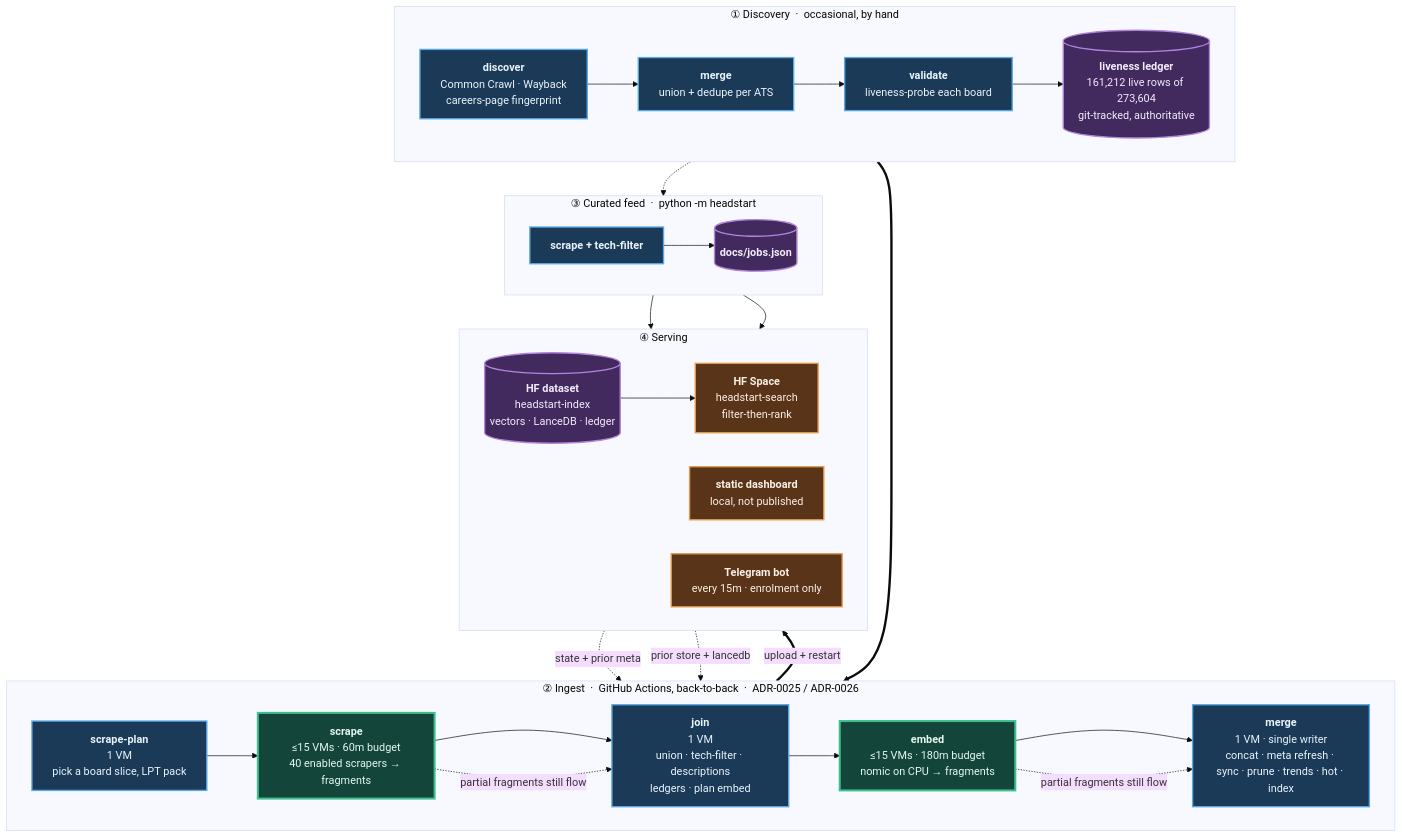
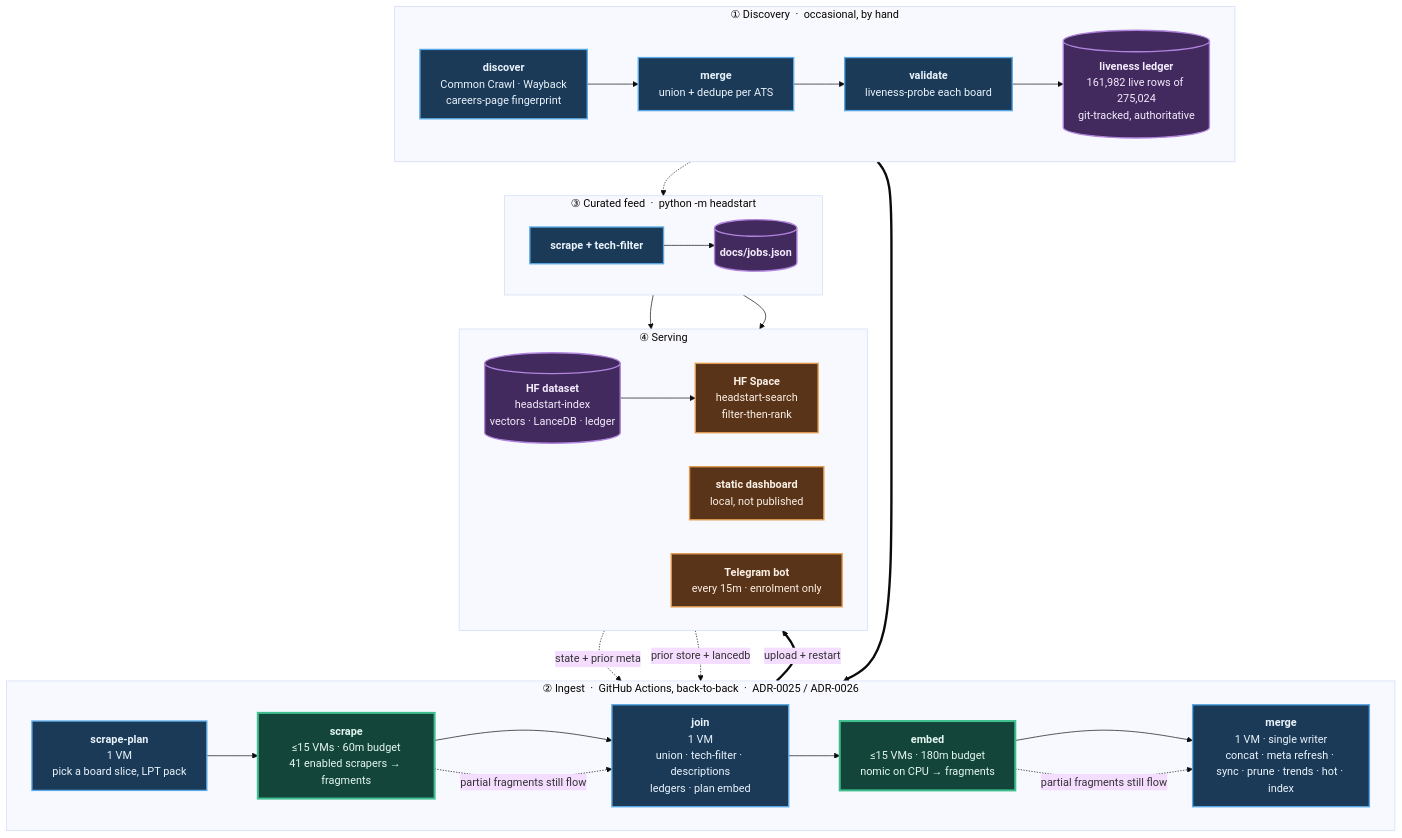
The diagram in README.md (sarthakjain004/headstart), drawn with Mermaid (base theme) before and after one commit. The commit also changed other lines of this file and 17 other files, not shown here.

````diff
--- a/README.md
+++ b/README.md
@@ -171,56 +171,56 @@
 ```mermaid
 flowchart TB
     subgraph D["① Discovery &nbsp;·&nbsp; occasional, by hand"]
         direction LR
         D1["<b>discover</b><br/>Common Crawl · Wayback<br/>careers-page fingerprint"]
         D2["<b>merge</b><br/>union + dedupe per ATS"]
         D3["<b>validate</b><br/>liveness-probe each board"]
-        D4[("<b>liveness ledger</b><br/>161,212 live rows of 273,604<br/>git-tracked, authoritative")]
+        D4[("<b>liveness ledger</b><br/>161,982 live rows of 275,024<br/>git-tracked, authoritative")]
         D1 --> D2 --> D3 --> D4
     end
 
     subgraph P["② Ingest &nbsp;·&nbsp; GitHub Actions, back-to-back &nbsp;·&nbsp; ADR-0025 / ADR-0026"]
         direction LR
         P1["<b>scrape-plan</b><br/>1 VM<br/>pick a board slice, LPT pack"]
-        P2["<b>scrape</b><br/>≤15 VMs · 60m budget<br/>40 enabled scrapers → fragments"]
+        P2["<b>scrape</b><br/>≤15 VMs · 60m budget<br/>41 enabled scrapers → fragments"]
         P3["<b>join</b><br/>1 VM<br/>union · tech-filter · descriptions<br/>ledgers · plan embed"]
         P4["<b>embed</b><br/>≤15 VMs · 180m budget<br/>nomic on CPU → fragments"]
         P5["<b>merge</b><br/>1 VM · single writer<br/>concat · meta refresh · sync · prune · trends · hot · index"]
         P1 --> P2 --> P3 --> P4 --> P5
     end
 
     subgraph F["③ Curated feed &nbsp;·&nbsp; python -m headstart"]
         direction LR
         F1["<b>scrape + tech-filter</b>"]
         F2[("<b>docs/jobs.json</b>")]
         F1 --> F2
     end
 
     subgraph S["④ Serving"]
         direction LR
         S1[("<b>HF dataset</b><br/>headstart-index<br/>vectors · LanceDB · ledger")]
         S2["<b>HF Space</b><br/>headstart-search<br/>filter-then-rank"]
         S3["<b>static dashboard</b><br/>local, not published"]
         S4["<b>Telegram bot</b><br/>every 15m · enrolment only"]
         S1 --> S2
     end
 
     D4 ==> P1
     S1 -. "state + prior meta" .-> P1
     S1 -. "prior store + lancedb" .-> P5
     D4 -.-> F1
     P5 ==>|"upload + restart"| S1
     F2 --> S3
     F2 --> S4
     P2 -. "partial fragments still flow" .-> P3
     P4 -. "partial fragments still flow" .-> P5
 
     classDef serial fill:#1b3a57,stroke:#5aa9e6,stroke-width:2px,color:#eaf4fc
     classDef fan fill:#14453a,stroke:#3fbf8f,stroke-width:3px,color:#e4f7f0
     classDef store fill:#42295e,stroke:#b184dd,stroke-width:2px,color:#f4ecfc
     classDef serve fill:#5a3418,stroke:#e09a4f,stroke-width:2px,color:#fbf1e6
     class D1,D2,D3,P1,P3,P5,F1 serial
     class P2,P4 fan
     class D4,F2,S1 store
     class S2,S3,S4 serve
 ```
````
